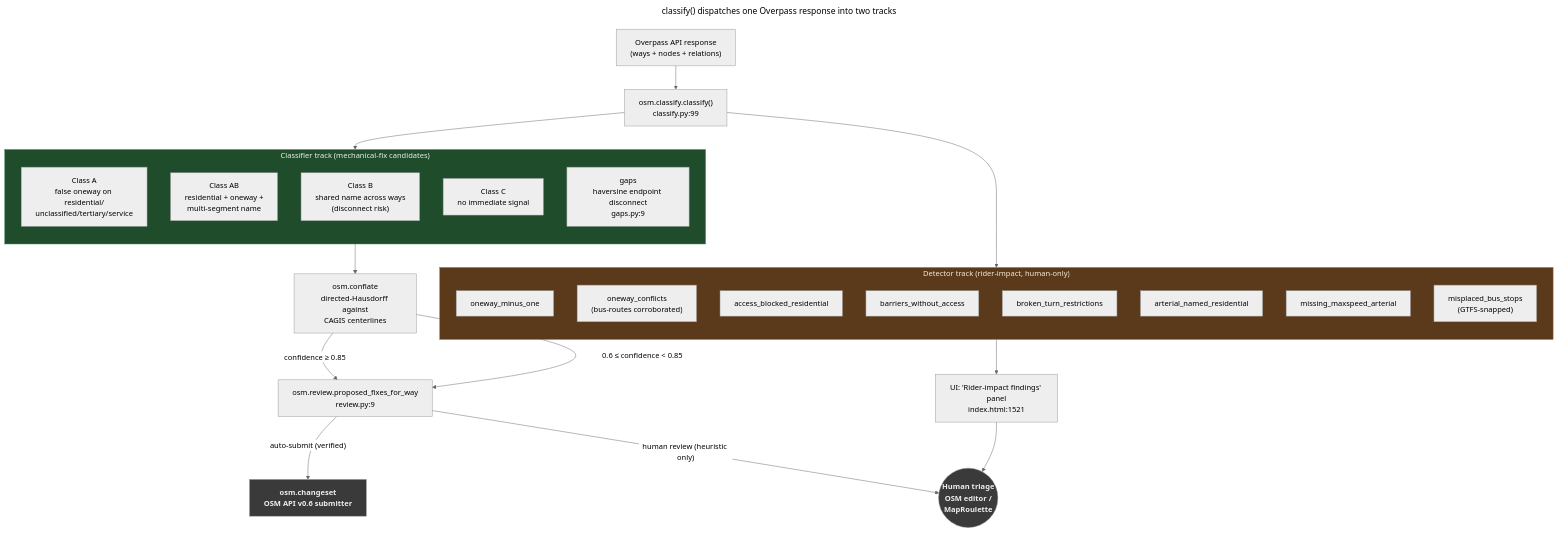
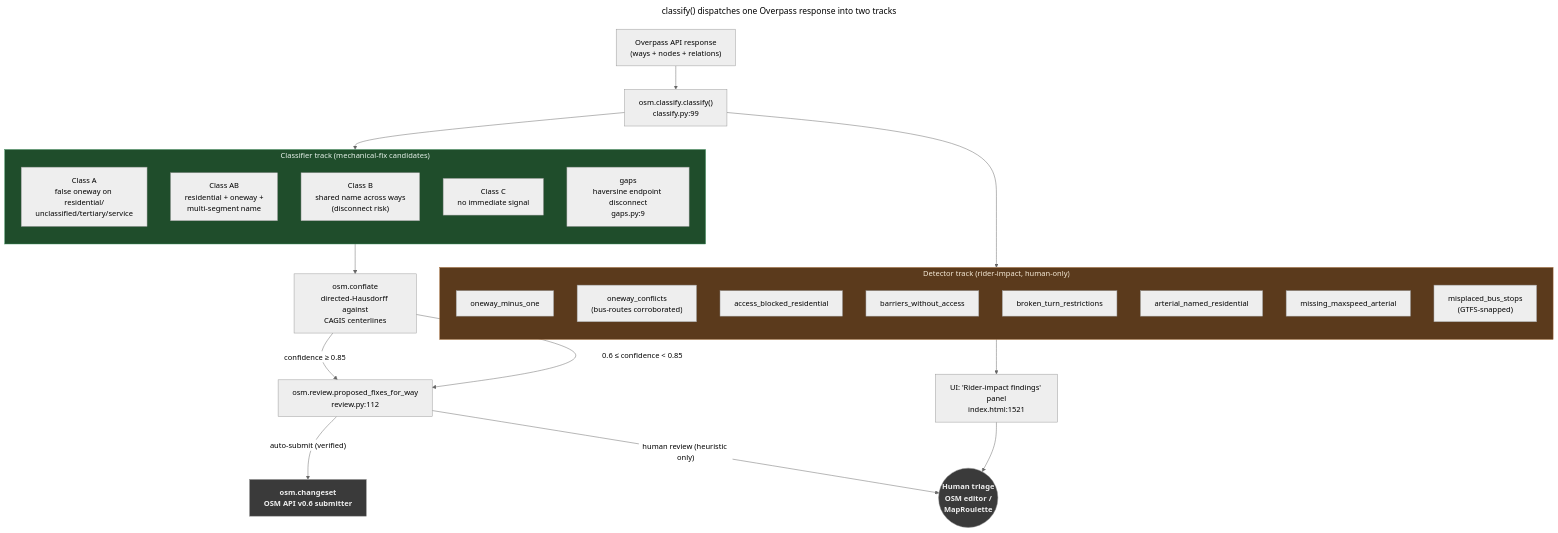
Before and after one commit to AICincy/MetroNow: the diagram in docs/explainers/detector-taxonomy.md, drawn with Mermaid (neutral theme).

````diff
--- a/docs/explainers/detector-taxonomy.md
+++ b/docs/explainers/detector-taxonomy.md
@@ -68,56 +68,56 @@
 ```mermaid
 ---
 title: classify() dispatches one Overpass response into two tracks
 ---
 flowchart TD
     Overpass["Overpass API response<br/>(ways + nodes + relations)"]
     Classify["osm.classify.classify()<br/>classify.py:99"]
 
     Overpass --> Classify
 
     subgraph ClassifierTrack["Classifier track (mechanical-fix candidates)"]
         direction TB
         ClassA["Class A<br/>false oneway on residential/<br/>unclassified/tertiary/service"]
         ClassAB["Class AB<br/>residential + oneway +<br/>multi-segment name"]
         ClassB["Class B<br/>shared name across ways<br/>(disconnect risk)"]
         ClassC["Class C<br/>no immediate signal"]
         Gaps["gaps<br/>haversine endpoint disconnect<br/>gaps.py:9"]
     end
 
     subgraph DetectorTrack["Detector track (rider-impact, human-only)"]
         direction TB
         D1["oneway_minus_one"]
         D2["oneway_conflicts<br/>(bus-routes corroborated)"]
         D3["access_blocked_residential"]
         D4["barriers_without_access"]
         D5["broken_turn_restrictions"]
         D6["arterial_named_residential"]
         D7["missing_maxspeed_arterial"]
         D8["misplaced_bus_stops<br/>(GTFS-snapped)"]
     end
 
     Classify --> ClassifierTrack
     Classify --> DetectorTrack
 
     Conflate["osm.conflate<br/>directed-Hausdorff against<br/>CAGIS centerlines"]
-    Review["osm.review.proposed_fixes_for_way<br/>review.py:9"]
+    Review["osm.review.proposed_fixes_for_way<br/>review.py:112"]
     Changeset["osm.changeset<br/>OSM API v0.6 submitter"]
     UIPanel["UI: 'Rider-impact findings' panel<br/>index.html:1521"]
     Triage(("Human triage<br/>OSM editor /<br/>MapRoulette"))
 
     ClassifierTrack --> Conflate
     Conflate -- "confidence ≥ 0.85" --> Review
     Conflate -- "0.6 ≤ confidence < 0.85" --> Review
     Review -- "auto-submit (verified)" --> Changeset
     Review -- "human review (heuristic only)" --> Triage
 
     DetectorTrack --> UIPanel
     UIPanel --> Triage
 
     classDef safe fill:#1f4d2b,stroke:#3b8c5a,color:#e8f3ec
     classDef judgment fill:#5b3a1c,stroke:#a06632,color:#f5ead7
     classDef gate fill:#3a3a3a,stroke:#888,color:#eee,font-weight:bold
     class ClassifierTrack safe
     class DetectorTrack judgment
     class Changeset,Triage gate
 ```
````
